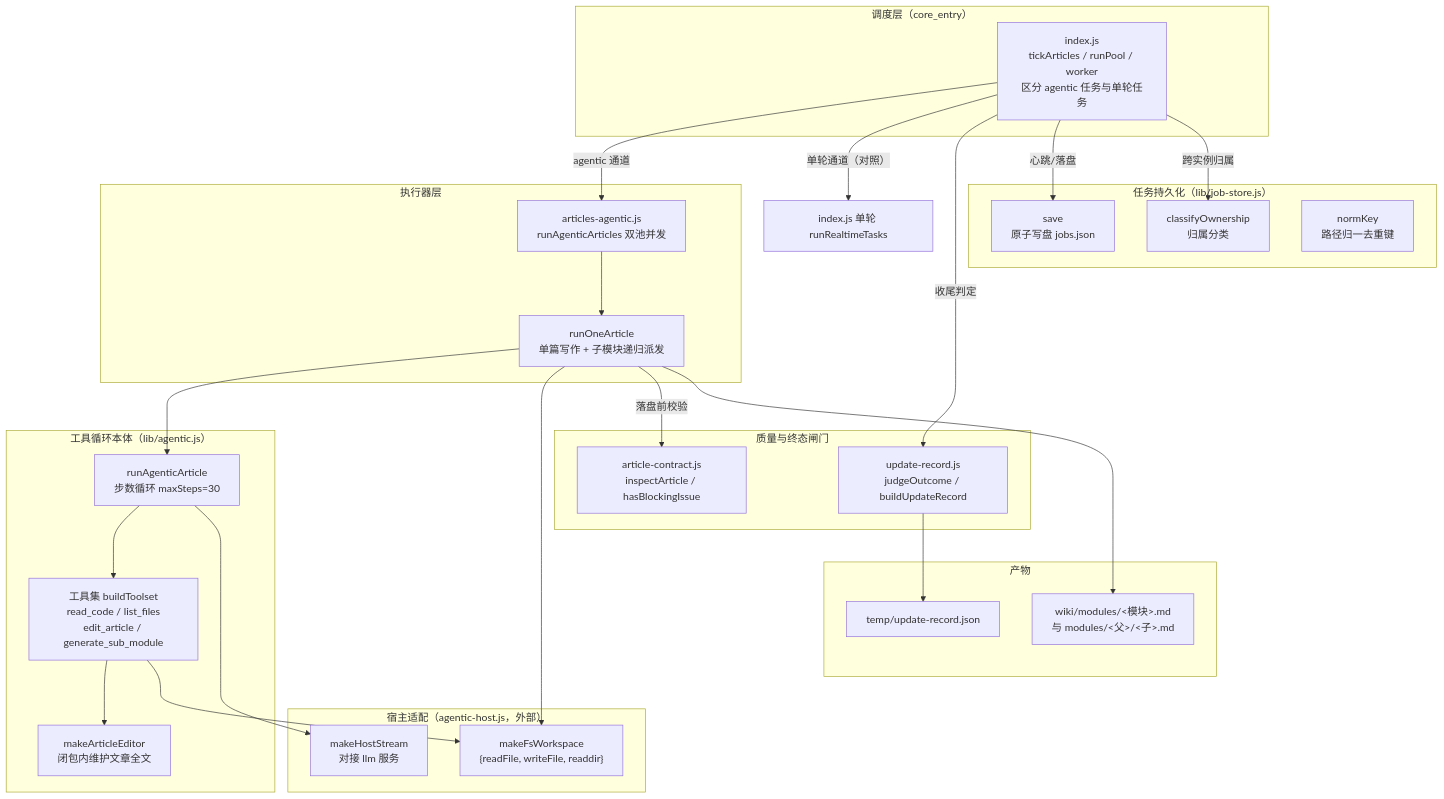
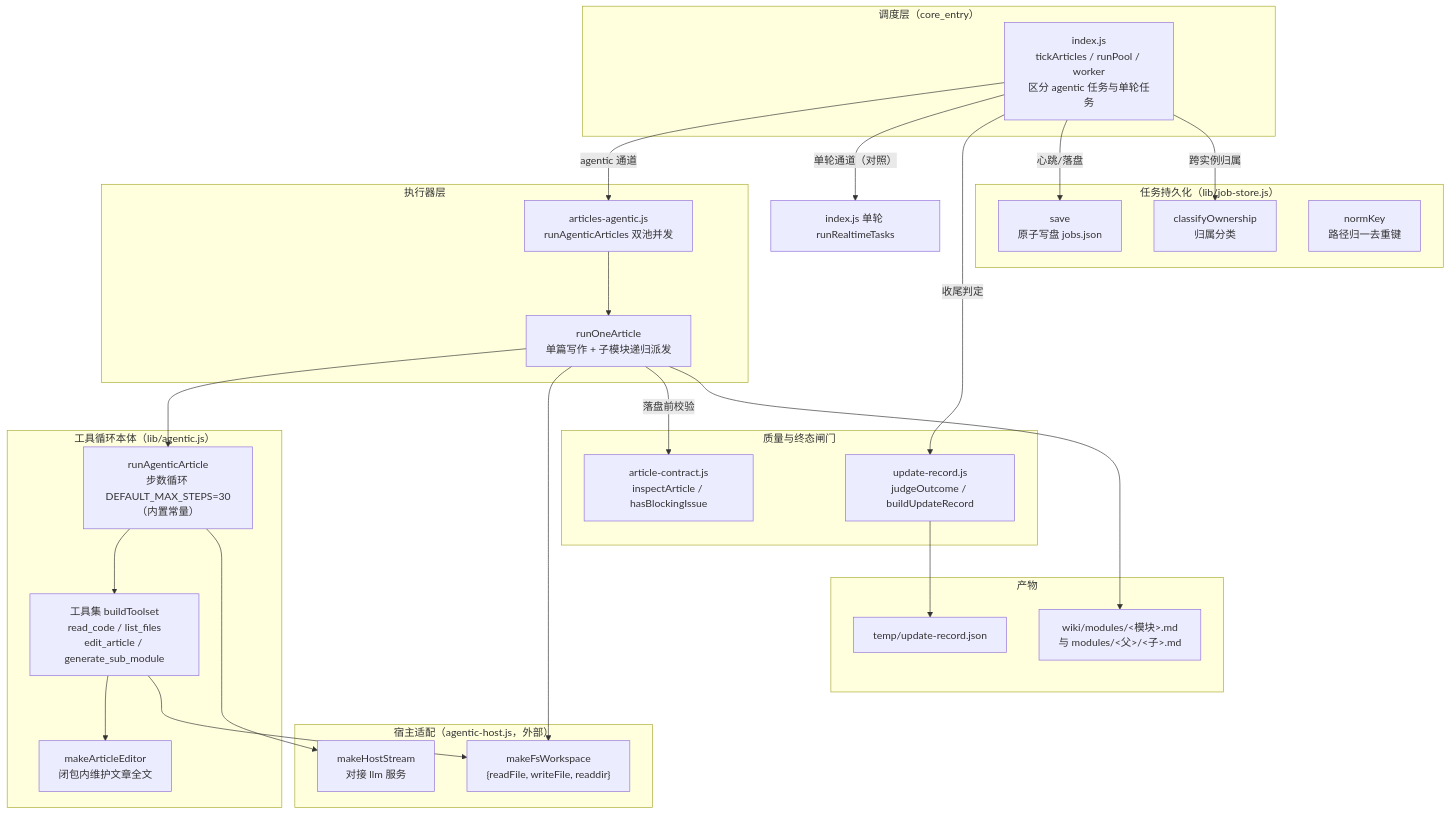
Before and after one commit to ikliml666/dsh-codewiki: the first of 2 diagrams in .codewiki/_native-state/docs/agentic_support.md, drawn with Mermaid. The commit also changed 17 other files, not shown here.

````diff
--- a/.codewiki/_native-state/docs/agentic_support.md
+++ b/.codewiki/_native-state/docs/agentic_support.md
@@ -22,55 +22,55 @@
 ```mermaid
 flowchart TD
     subgraph 调度层["调度层（core_entry）"]
         INDEX["index.js<br/>tickArticles / runPool / worker<br/>区分 agentic 任务与单轮任务"]
     end
 
     subgraph 执行器["执行器层"]
         RA["articles-agentic.js<br/>runAgenticArticles 双池并发"]
         RO["runOneArticle<br/>单篇写作 + 子模块递归派发"]
     end
 
     subgraph 循环["工具循环本体（lib/agentic.js）"]
-        LOOP["runAgenticArticle<br/>步数循环 maxSteps=30"]
+        LOOP["runAgenticArticle<br/>步数循环 DEFAULT_MAX_STEPS=30（内置常量）"]
         TOOLS["工具集 buildToolset<br/>read_code / list_files<br/>edit_article / generate_sub_module"]
         EDIT["makeArticleEditor<br/>闭包内维护文章全文"]
     end
 
     subgraph 宿主["宿主适配（agentic-host.js，外部）"]
         STREAM["makeHostStream<br/>对接 llm 服务"]
         WS["makeFsWorkspace<br/>{readFile, writeFile, readdir}"]
     end
 
     subgraph 闸门["质量与终态闸门"]
         AC["article-contract.js<br/>inspectArticle / hasBlockingIssue"]
         UR["update-record.js<br/>judgeOutcome / buildUpdateRecord"]
     end
 
     subgraph 持久化["任务持久化（lib/job-store.js）"]
         JS["save<br/>原子写盘 jobs.json"]
         OWN["classifyOwnership<br/>归属分类"]
         KEY["normKey<br/>路径归一去重键"]
     end
 
 
     subgraph 产物["产物"]
         ART["wiki/modules/<模块>.md<br/>与 modules/<父>/<子>.md"]
         REC["temp/update-record.json"]
     end
 
     INDEX -->|"agentic 通道"| RA
     INDEX -->|"单轮通道（对照）"| SINGLE["index.js 单轮 runRealtimeTasks"]
     RA --> RO
     RO --> LOOP
     RO --> WS
     LOOP --> TOOLS
     TOOLS --> EDIT
     TOOLS --> WS
     LOOP --> STREAM
     RO -->|"落盘前校验"| AC
     INDEX -->|"收尾判定"| UR
     INDEX -->|"心跳/落盘"| JS
     INDEX -->|"跨实例归属"| OWN
     RO --> ART
     UR --> REC
 ```
````
